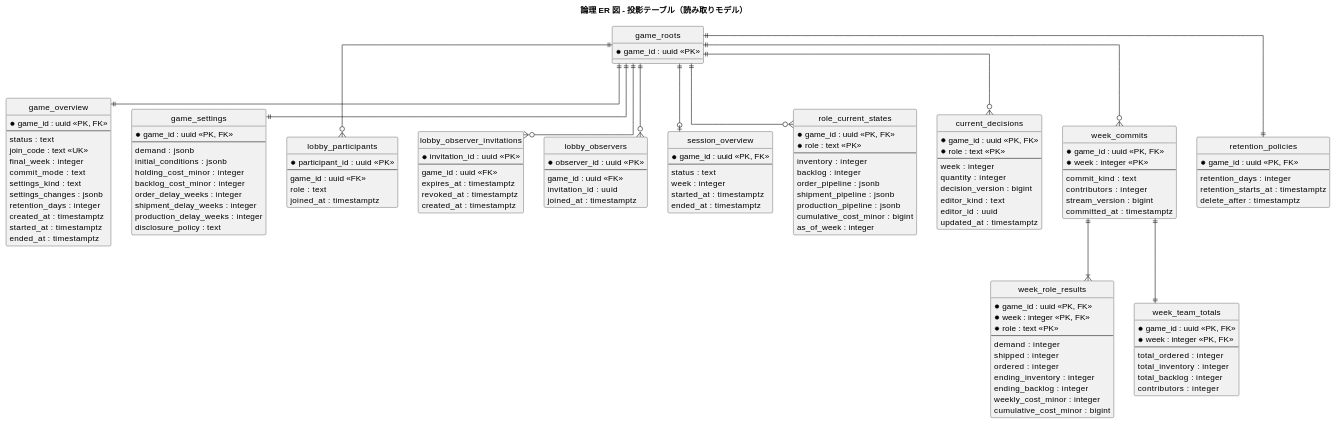
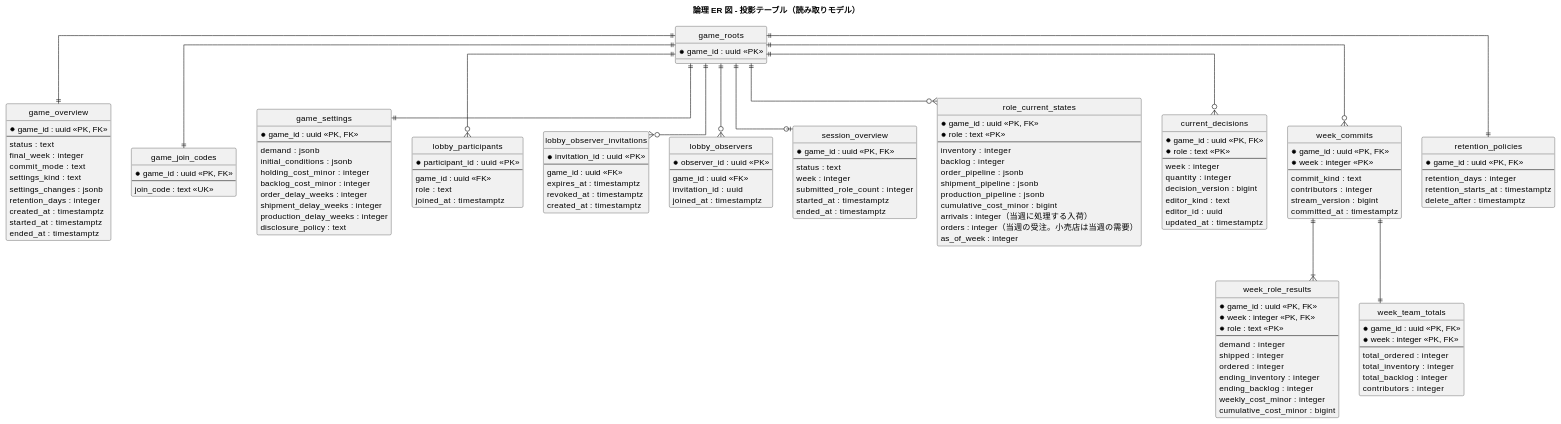
Before and after one commit to k2works/case-study-beer-game-simulation: the third of 5 diagrams in docs/design/beer-game-kotlin/data-model.md, drawn with PlantUML. The commit also changed other lines of this file and 10 other files, not shown here.

```diff
--- a/docs/design/beer-game-kotlin/data-model.md
+++ b/docs/design/beer-game-kotlin/data-model.md
@@ -203,7 +204,6 @@
   * game_id : uuid <<PK, FK>>
   --
   status : text
-  join_code : text <<UK>>
   final_week : integer
   commit_mode : text
   settings_kind : text
@@ -212,6 +212,12 @@
   created_at : timestamptz
   started_at : timestamptz
   ended_at : timestamptz
+}
+
+entity "game_join_codes" as jc {
+  * game_id : uuid <<PK, FK>>
+  --
+  join_code : text <<UK>>
 }
 
 entity "game_settings" as settings {
@@ -257,6 +263,7 @@
   --
   status : text
   week : integer
+  submitted_role_count : integer
   started_at : timestamptz
   ended_at : timestamptz
 }
@@ -271,6 +278,8 @@
   shipment_pipeline : jsonb
   production_pipeline : jsonb
   cumulative_cost_minor : bigint
+  arrivals : integer（当週に処理する入荷）
+  orders : integer（当週の受注。小売店は当週の需要）
   as_of_week : integer
 }
 
@@ -329,6 +338,7 @@
 }
 
 roots ||--|| overview
+roots ||--|| jc
 roots ||--|| settings
 roots ||--o{ lp
 roots ||--o{ li
```
